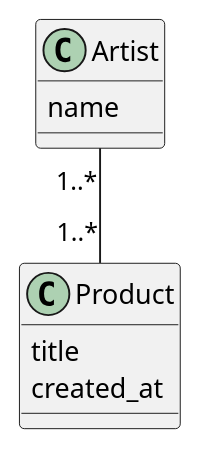
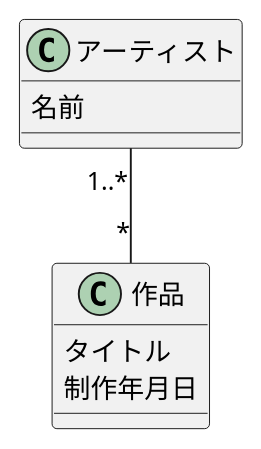
One commit to yinm/uml-modeling-lesson changed the diagram in ch02/excercise/2-3.puml. Above: the diagram before and after it, drawn with PlantUML.

```diff
--- a/ch02/excercise/2-3.puml
+++ b/ch02/excercise/2-3.puml
@@ -1,14 +1,14 @@
 @startuml
 
-class Artist {
-  name
+class アーティスト {
+  名前
 }
 
-class Product {
-  title
-  created_at
+class 作品 {
+  タイトル
+  制作年月日
 }
 
-Artist "1..*" -- "1..*" Product
+アーティスト "1..*" -- "*" 作品
 
 @enduml
```
